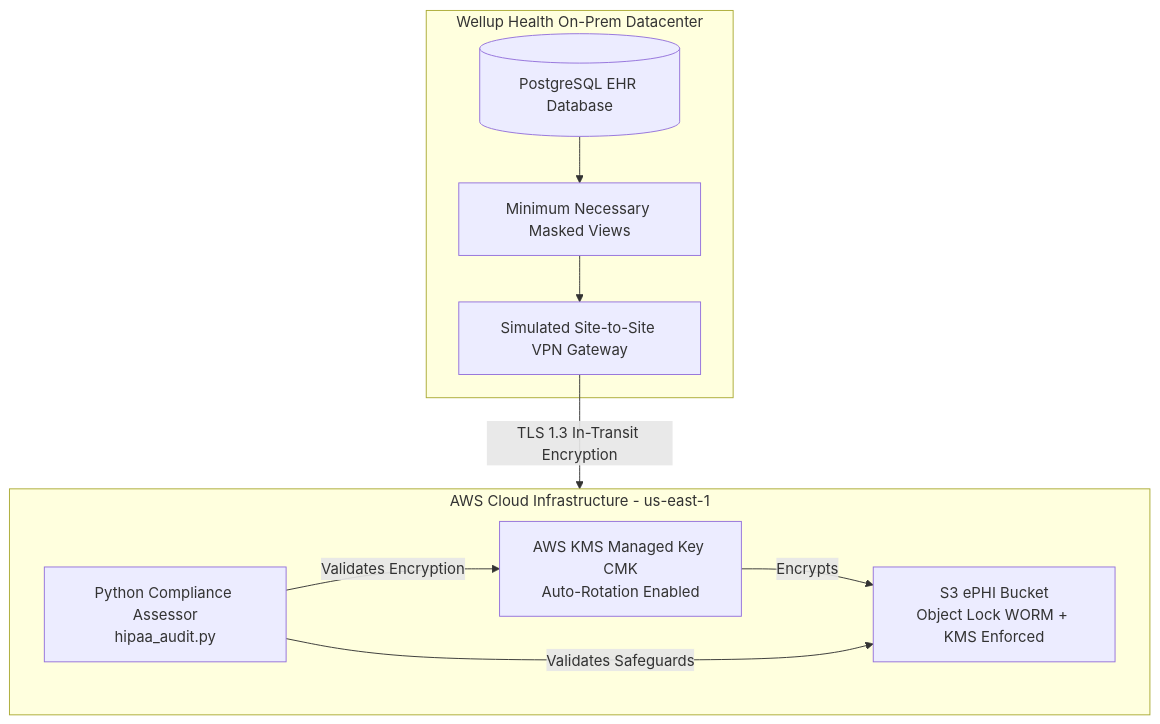
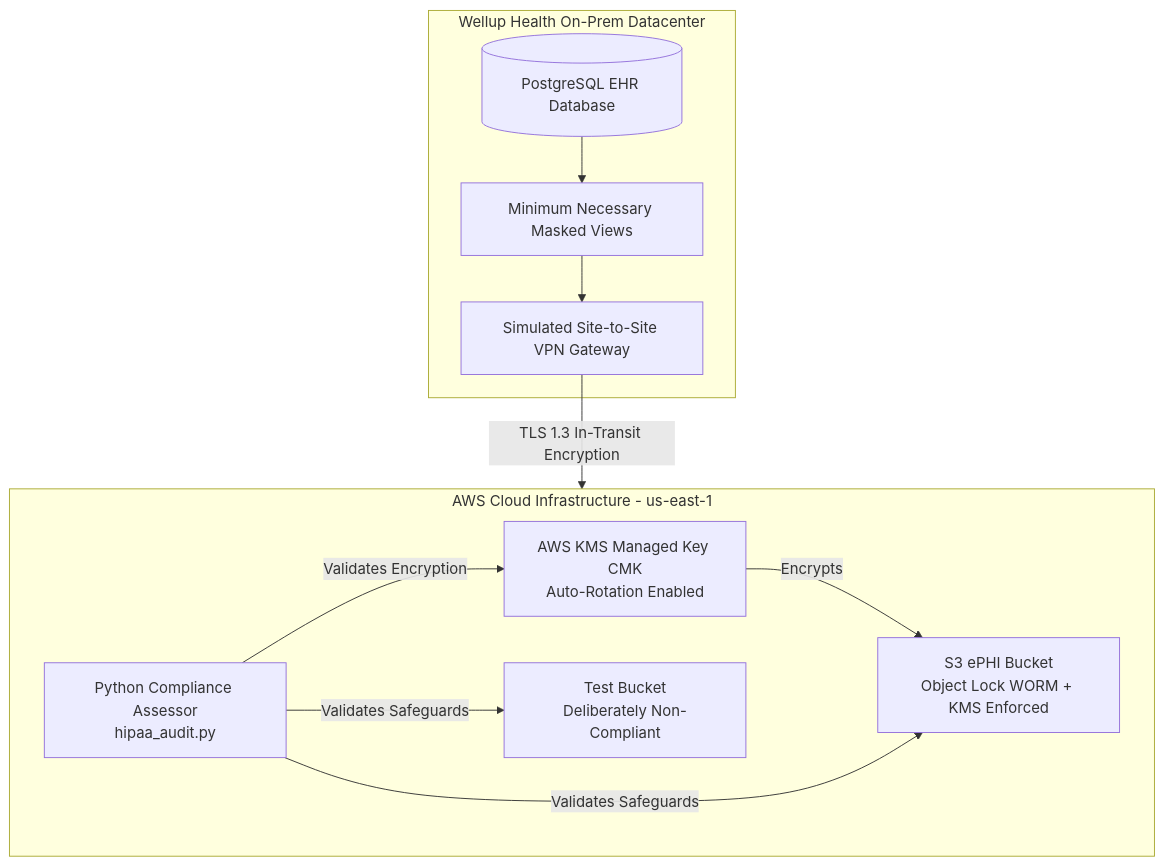
One commit to Bornavita/HIPAA-hybrid-healthcare-audit-framework changed the diagram in README.md. Above: the diagram before and after it, drawn with Mermaid. The commit also changed other lines of this file, not shown here.

Commit message:
System architecture

````diff
--- a/README.md
+++ b/README.md
@@ -45,22 +62,24 @@
 ```mermaid
 graph TD
     subgraph OnPrem["Wellup Health On-Prem Datacenter"]
         DB[(PostgreSQL EHR Database)]
         View[Minimum Necessary Masked Views]
         VPN[Simulated Site-to-Site VPN Gateway]
         DB --> View
         View --> VPN
     end
 
     subgraph AWS["AWS Cloud Infrastructure - us-east-1"]
         KMS[AWS KMS Managed Key CMK<br/>Auto-Rotation Enabled]
         S3[S3 ePHI Bucket<br/>Object Lock WORM + KMS Enforced]
+        Test[Test Bucket<br/>Deliberately Non-Compliant]
         Audit[Python Compliance Assessor<br/>hipaa_audit.py]
 
         KMS -->|Encrypts| S3
         Audit -->|Validates Safeguards| S3
+        Audit -->|Validates Safeguards| Test
         Audit -->|Validates Encryption| KMS
     end
 
     VPN -->|TLS 1.3 In-Transit Encryption| AWS
 ```
````
